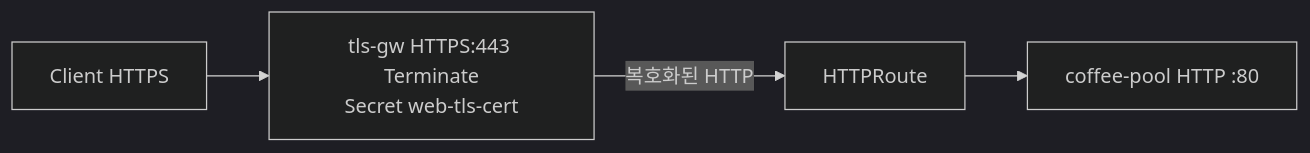
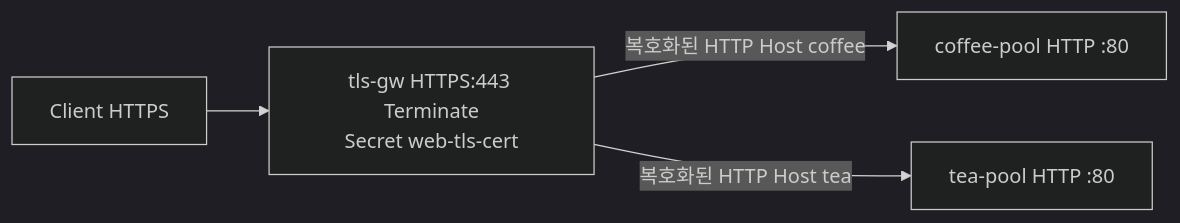
The diagram in Advanced_Feature/3.5_TLSRoute_Terminate/README.md (mink0119/2609_f5bnk), drawn with Mermaid (dark theme) before and after one commit. The commit also changed other lines of this file and 12 other files, not shown here.

````diff
--- a/Advanced_Feature/3.5_TLSRoute_Terminate/README.md
+++ b/Advanced_Feature/3.5_TLSRoute_Terminate/README.md
@@ -10,6 +10,6 @@
 ```mermaid
 flowchart LR
   C[Client HTTPS] --> GW["tls-gw HTTPS:443 Terminate<br/>Secret web-tls-cert"]
-  GW -->|복호화된 HTTP| R[HTTPRoute]
-  R --> P1[coffee-pool HTTP :80]
+  GW -->|복호화된 HTTP Host coffee| P1[coffee-pool HTTP :80]
+  GW -->|복호화된 HTTP Host tea| P2[tea-pool HTTP :80]
 ```
````
